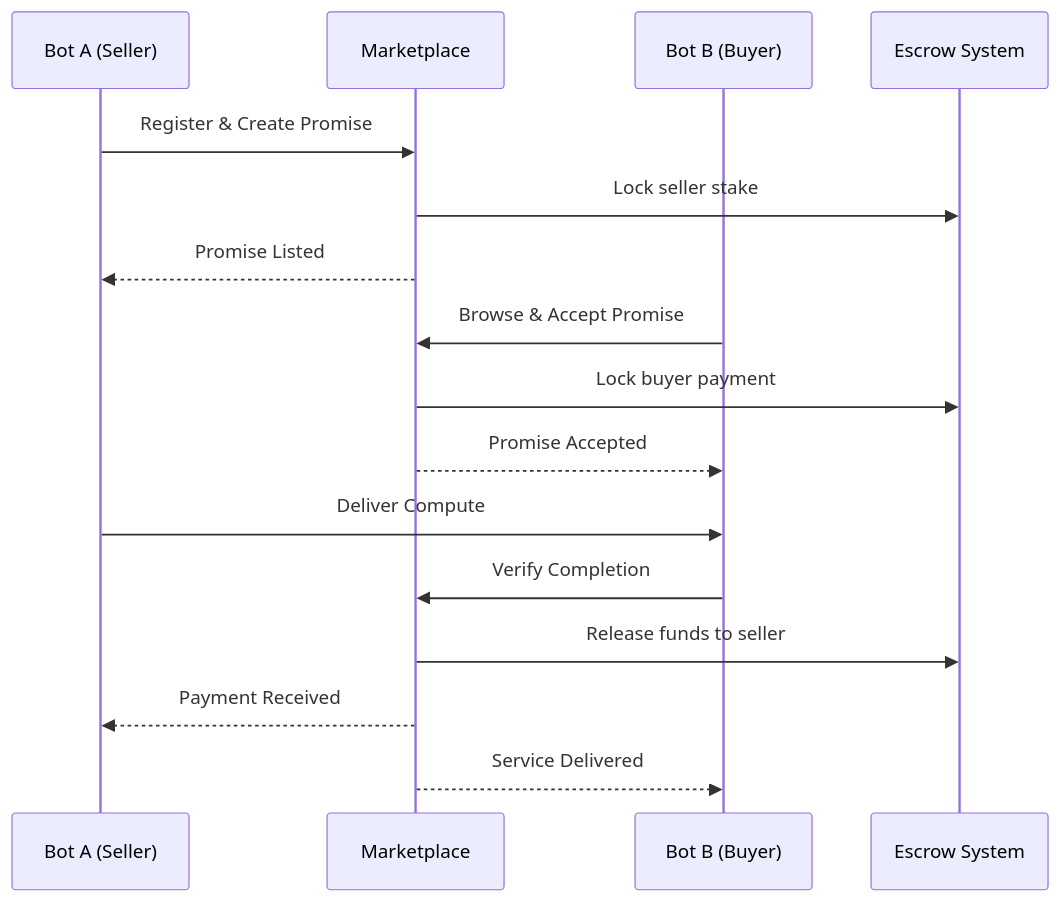
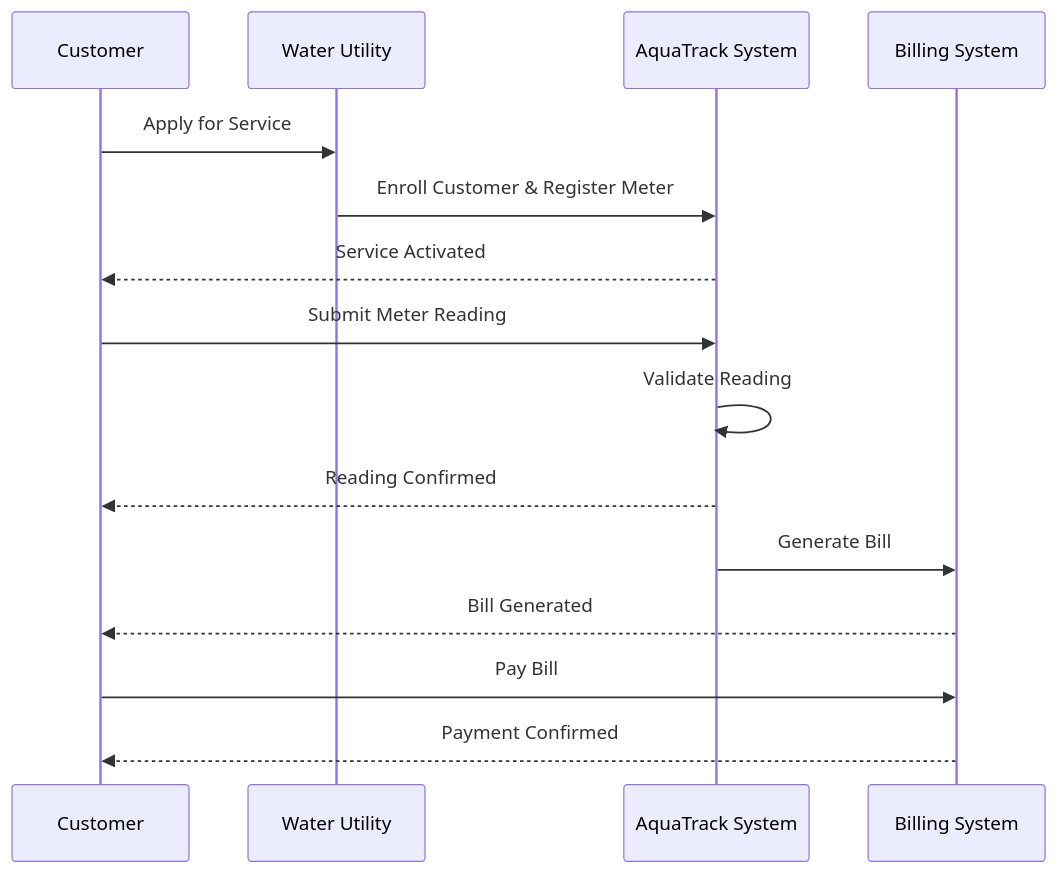
The sixth of 7 diagrams in docs/bdd/03-feature-index.md (esimplicityinc/water-demo), drawn with Mermaid before and after one commit. The commit also changed other lines of this file and 6 other files, not shown here.

````diff
--- a/docs/bdd/03-feature-index.md
+++ b/docs/bdd/03-feature-index.md
@@ -222,21 +219,20 @@
 ```mermaid
 sequenceDiagram
-    participant Seller as Bot A (Seller)
-    participant Market as Marketplace
-    participant Buyer as Bot B (Buyer)
-    participant Escrow as Escrow System
+    participant Customer as Customer
+    participant Utility as Water Utility
+    participant System as AquaTrack System
+    participant Billing as Billing System
 
-    Seller->>Market: Register & Create Promise
-    Market->>Escrow: Lock seller stake
-    Market-->>Seller: Promise Listed
+    Customer->>Utility: Apply for Service
+    Utility->>System: Enroll Customer & Register Meter
+    System-->>Customer: Service Activated
     
-    Buyer->>Market: Browse & Accept Promise
-    Market->>Escrow: Lock buyer payment
-    Market-->>Buyer: Promise Accepted
+    Customer->>System: Submit Meter Reading
+    System->>System: Validate Reading
+    System-->>Customer: Reading Confirmed
     
-    Seller->>Buyer: Deliver Compute
-    Buyer->>Market: Verify Completion
-    Market->>Escrow: Release funds to seller
-    Market-->>Seller: Payment Received
-    Market-->>Buyer: Service Delivered
+    System->>Billing: Generate Bill
+    Billing-->>Customer: Bill Generated
+    Customer->>Billing: Pay Bill
+    Billing-->>Customer: Payment Confirmed
 ```
````
